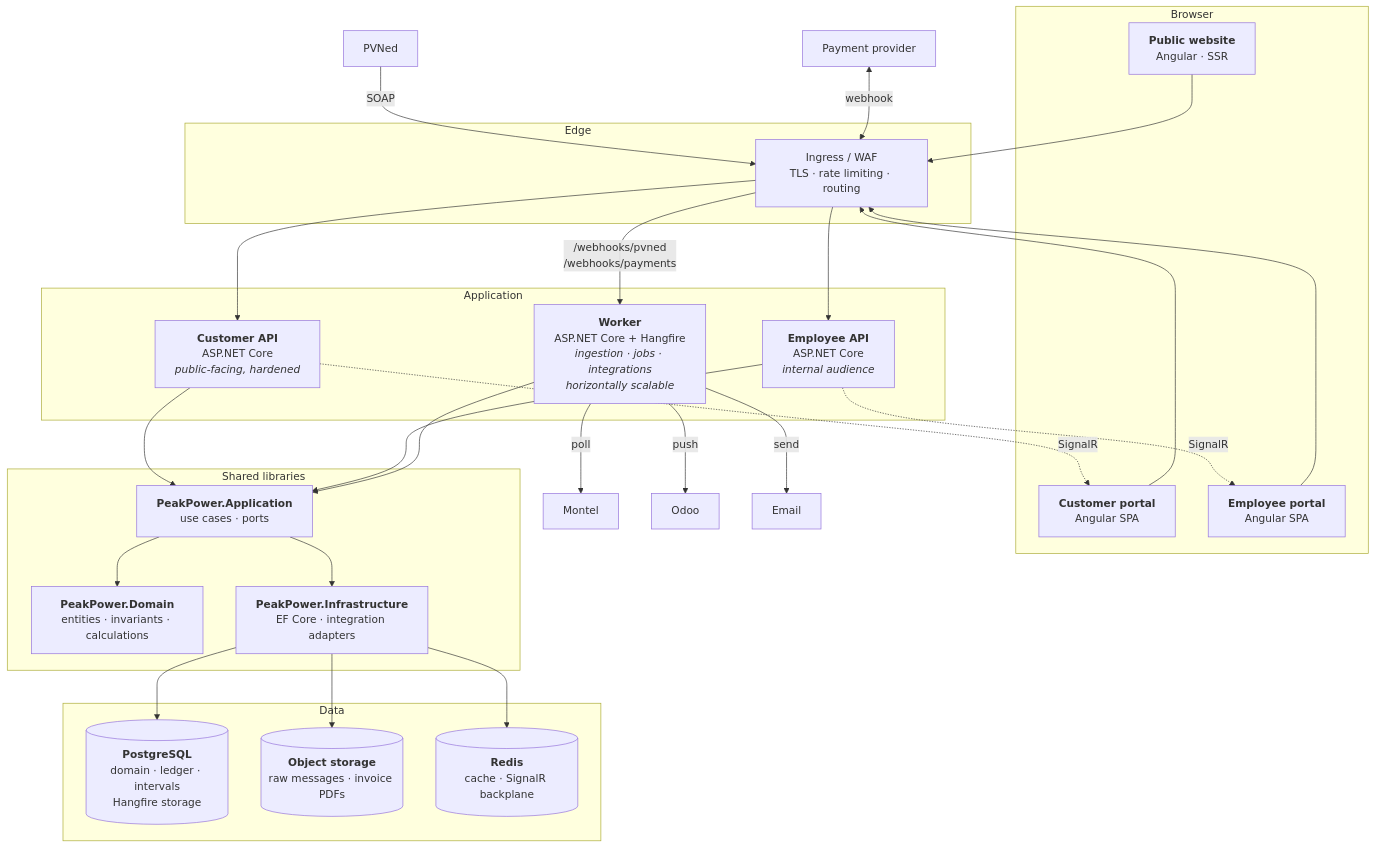
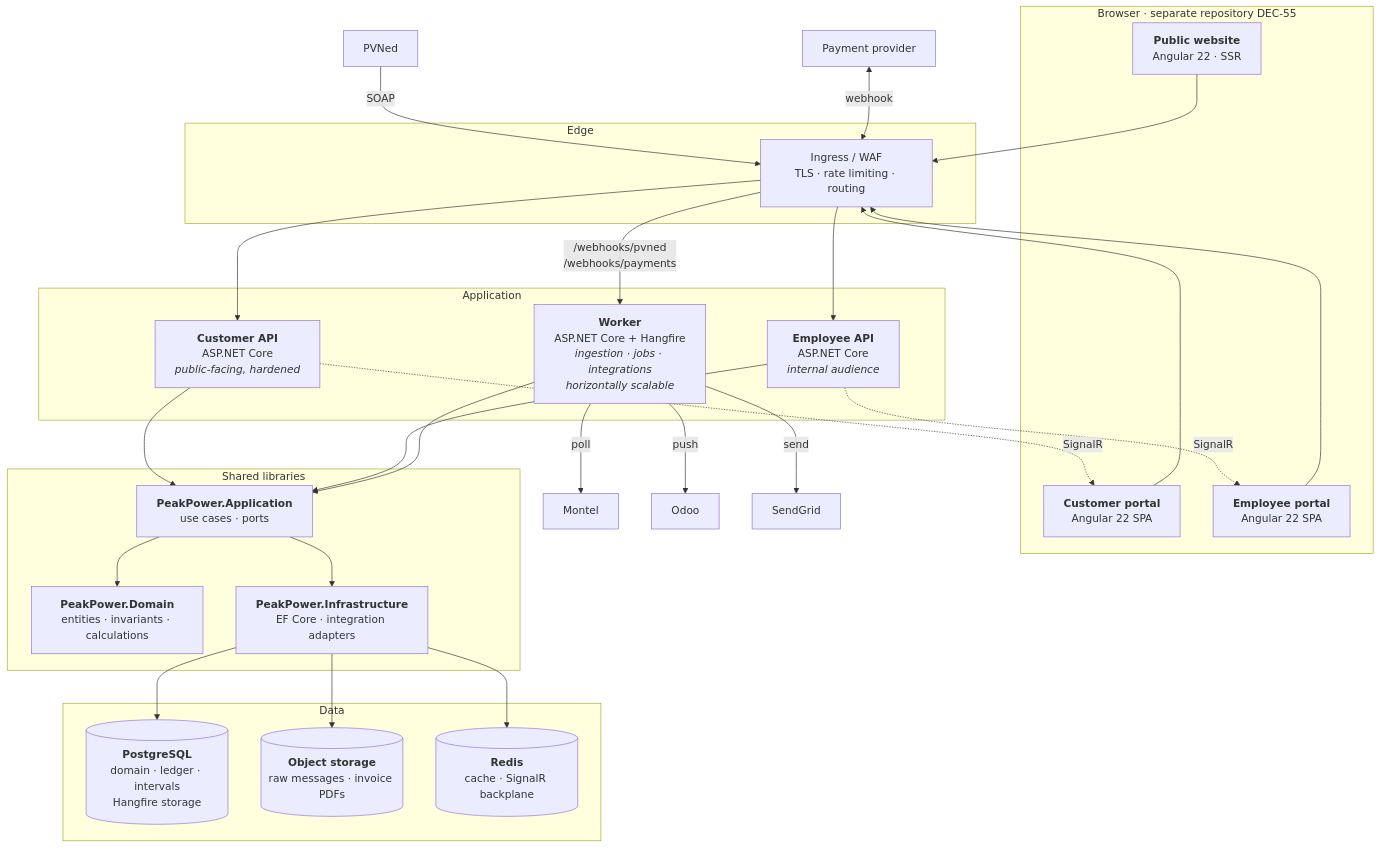
The second of 3 diagrams in specs/20-architecture/01-architecture-overview.md (lukastosic-ifd/peakpowerspecs), drawn with Mermaid before and after one commit. The commit also changed other lines of this file and 43 other files, not shown here.

````diff
--- a/specs/20-architecture/01-architecture-overview.md
+++ b/specs/20-architecture/01-architecture-overview.md
@@ -52,55 +58,55 @@
 ```mermaid
 flowchart TB
-    subgraph client["Browser"]
-        WEB["<b>Public website</b><br/>Angular · SSR"]
-        CPORTAL["<b>Customer portal</b><br/>Angular SPA"]
-        EPORTAL["<b>Employee portal</b><br/>Angular SPA"]
+    subgraph client["Browser · separate repository DEC-55"]
+        WEB["<b>Public website</b><br/>Angular 22 · SSR"]
+        CPORTAL["<b>Customer portal</b><br/>Angular 22 SPA"]
+        EPORTAL["<b>Employee portal</b><br/>Angular 22 SPA"]
     end
 
     subgraph edge["Edge"]
         GW["Ingress / WAF<br/>TLS · rate limiting · routing"]
     end
 
     subgraph compute["Application"]
         CAPI["<b>Customer API</b><br/>ASP.NET Core<br/><i>public-facing, hardened</i>"]
         EAPI["<b>Employee API</b><br/>ASP.NET Core<br/><i>internal audience</i>"]
         WORKER["<b>Worker</b><br/>ASP.NET Core + Hangfire<br/><i>ingestion · jobs · integrations</i><br/><i>horizontally scalable</i>"]
     end
 
     subgraph shared["Shared libraries"]
         DOMAIN["<b>PeakPower.Domain</b><br/>entities · invariants · calculations"]
         APPL["<b>PeakPower.Application</b><br/>use cases · ports"]
         INFRA["<b>PeakPower.Infrastructure</b><br/>EF Core · integration adapters"]
     end
 
     subgraph data["Data"]
         PG[("<b>PostgreSQL</b><br/>domain · ledger · intervals<br/>Hangfire storage")]
         BLOB[("<b>Object storage</b><br/>raw messages · invoice PDFs")]
         CACHE[("<b>Redis</b><br/>cache · SignalR backplane")]
     end
 
     WEB --> GW
     CPORTAL --> GW
     EPORTAL --> GW
     GW --> CAPI
     GW --> EAPI
     GW -->|"/webhooks/pvned<br/>/webhooks/payments"| WORKER
 
     CAPI --> APPL
     EAPI --> APPL
     WORKER --> APPL
     APPL --> DOMAIN
     APPL --> INFRA
     INFRA --> PG
     INFRA --> BLOB
     INFRA --> CACHE
 
     CAPI -.->|"SignalR"| CPORTAL
     EAPI -.->|"SignalR"| EPORTAL
 
     WORKER -->|"poll"| MONTEL["Montel"]
     WORKER -->|"push"| ODOO["Odoo"]
-    WORKER -->|"send"| MAIL["Email"]
+    WORKER -->|"send"| MAIL["SendGrid"]
     PVNED["PVNed"] -->|"SOAP"| GW
     PSP["Payment provider"] <-->|"webhook"| GW
 ```
````
